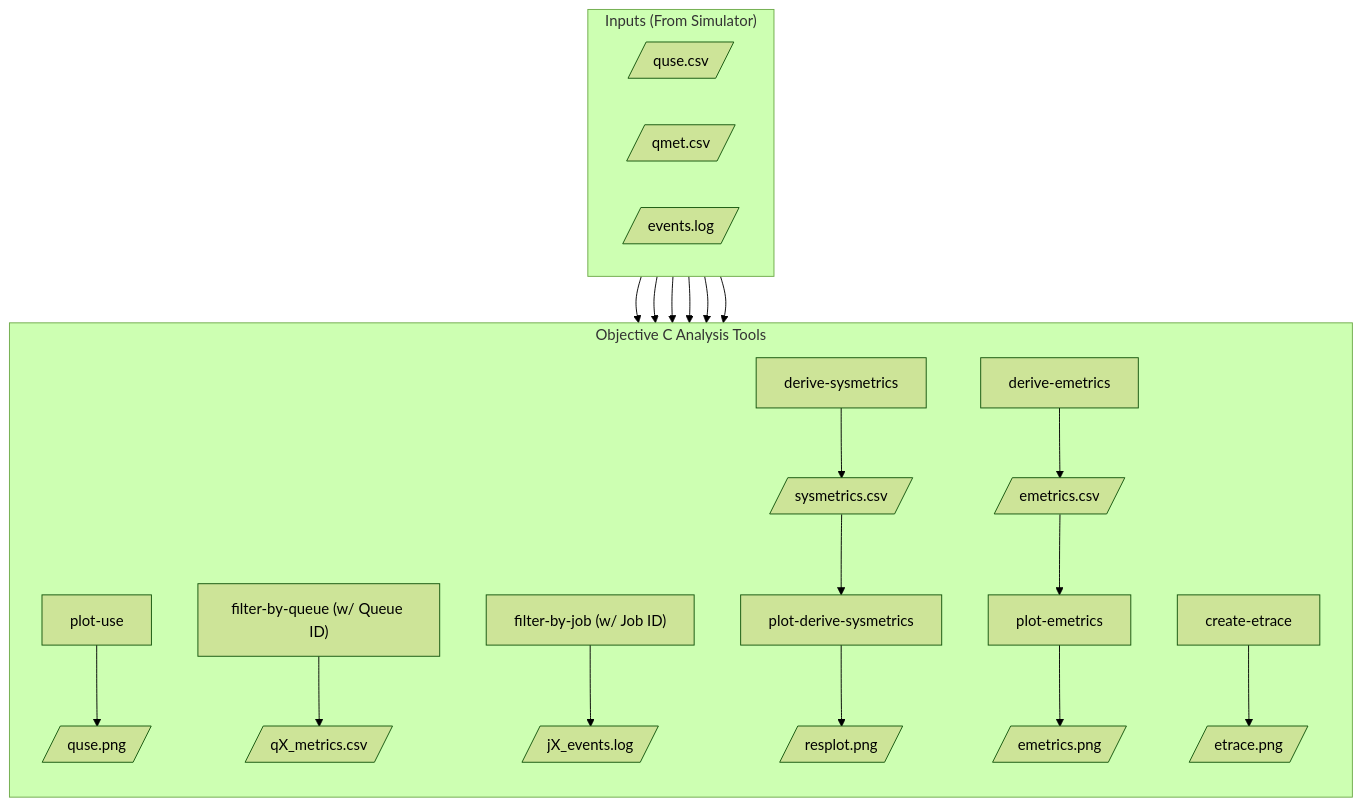
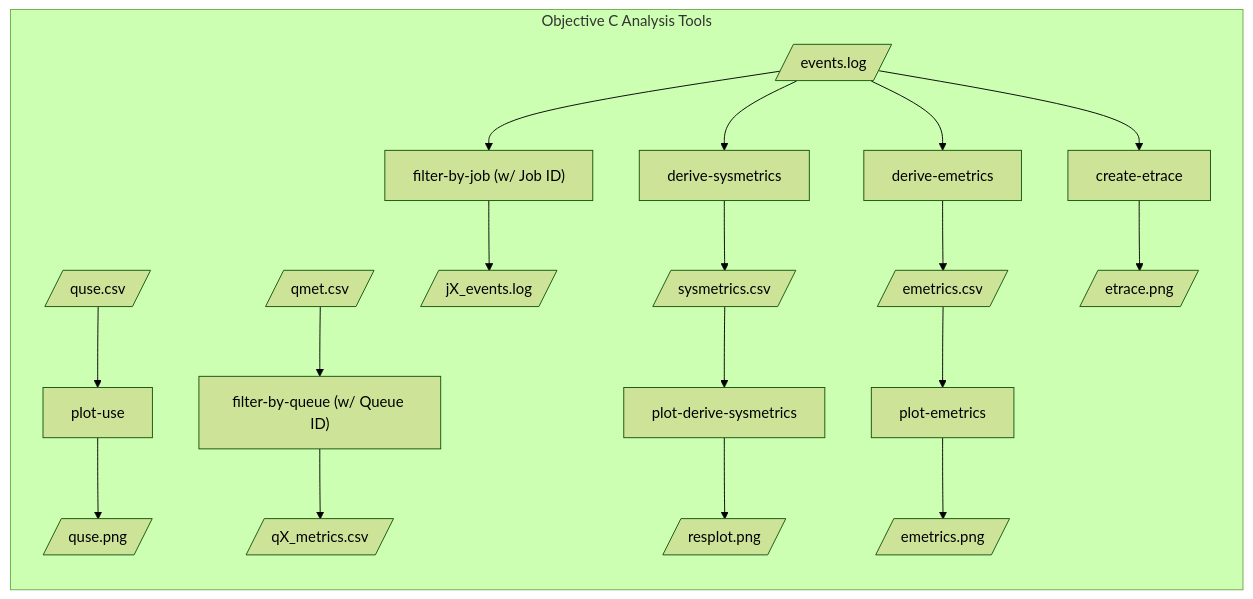
Before and after one commit to Colby-Frison/lab0: the second of 2 diagrams in src/design/obj-c/README.md, drawn with Mermaid (forest theme). The commit also changed other lines of this file and 4 other files, not shown here.

````diff
--- a/src/design/obj-c/README.md
+++ b/src/design/obj-c/README.md
@@ -56,41 +42,38 @@
 ```mermaid
 flowchart TB
-  subgraph inputs ["Inputs (From Simulator)"]
-    direction LR
+
+  subgraph objc ["Objective C Analysis Tools"]
+    direction TB
     quse[/"quse.csv"/]
     qmet[/"qmet.csv"/]
     events[/"events.log"/]
-  end
 
-  subgraph objc ["Objective C Analysis Tools"]
-    direction TB
-    
     %% USE Pipeline
     quse --> plot_use["plot-use"]
     plot_use --> quse_png[/"quse.png"/]
 
     %% Qmet Pipeline
     qmet --> filter_queue["filter-by-queue (w/ Queue ID)"]
     filter_queue --> qX[/"qX_metrics.csv"/]
 
     %% Events Pipeline (Filters)
     events --> filter_job["filter-by-job (w/ Job ID)"]
     filter_job --> jX[/"jX_events.log"/]
 
     %% Events Pipeline (System Metrics)
     events --> derive_sys["derive-sysmetrics"]
     derive_sys --> sys_csv[/"sysmetrics.csv"/]
     sys_csv --> plot_sys["plot-derive-sysmetrics"]
     plot_sys --> resplot[/"resplot.png"/]
 
     %% Events Pipeline (Event Metrics)
     events --> derive_e["derive-emetrics"]
     derive_e --> e_csv[/"emetrics.csv"/]
     e_csv --> plot_e["plot-emetrics"]
     plot_e --> emetrics_png[/"emetrics.png"/]
 
     %% Events Pipeline (Tracing)
     events --> create_etrace["create-etrace"]
     create_etrace --> etrace_png[/"etrace.png"/]
   end
 ```
````
